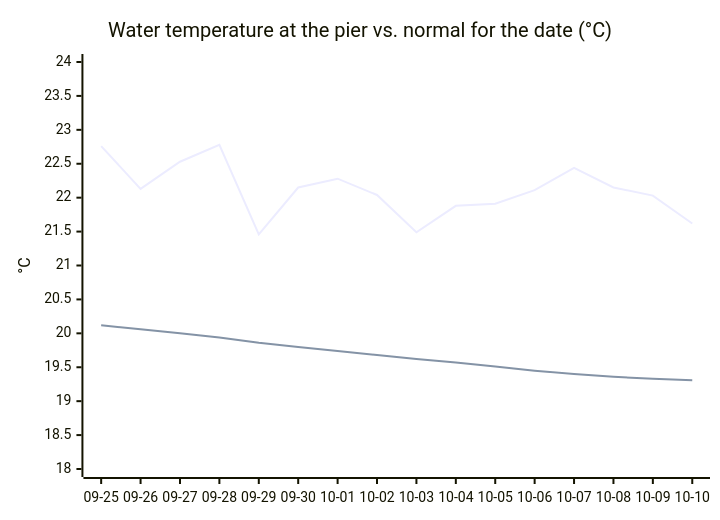
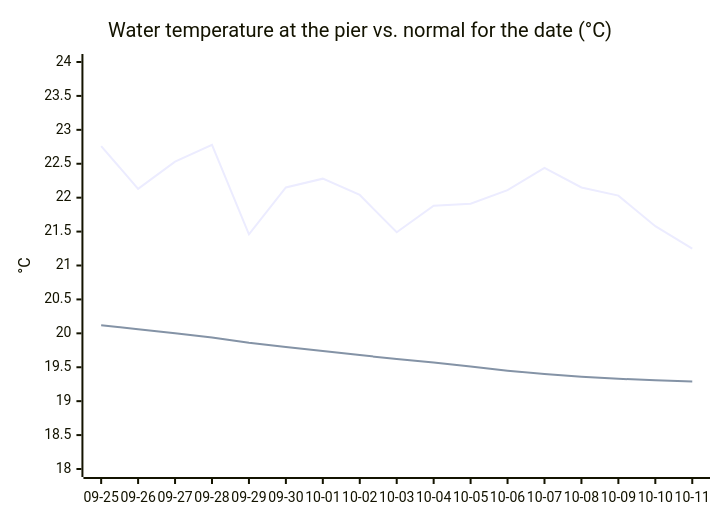
The third of 3 diagrams in README.md (joshuafrommeyer-35/PierTracker), drawn with Mermaid before and after one commit. The commit also changed other lines of this file and 5 other files, not shown here.

````diff
--- a/README.md
+++ b/README.md
@@ -160,8 +160,8 @@
 ```mermaid
 xychart-beta
     title "Water temperature at the pier vs. normal for the date (°C)"
-    x-axis ["09-25", "09-26", "09-27", "09-28", "09-29", "09-30", "10-01", "10-02", "10-03", "10-04", "10-05", "10-06", "10-07", "10-08", "10-09", "10-10"]
+    x-axis ["09-25", "09-26", "09-27", "09-28", "09-29", "09-30", "10-01", "10-02", "10-03", "10-04", "10-05", "10-06", "10-07", "10-08", "10-09", "10-10", "10-11"]
     y-axis "°C" 18 --> 24
-    line [22.76, 22.13, 22.53, 22.78, 21.46, 22.15, 22.28, 22.04, 21.49, 21.88, 21.91, 22.11, 22.44, 22.15, 22.03, 21.62]
-    line [20.12, 20.06, 20.0, 19.94, 19.86, 19.8, 19.74, 19.68, 19.62, 19.57, 19.51, 19.45, 19.4, 19.36, 19.33, 19.31]
+    line [22.76, 22.13, 22.53, 22.78, 21.46, 22.15, 22.28, 22.04, 21.49, 21.88, 21.91, 22.11, 22.44, 22.15, 22.03, 21.58, 21.25]
+    line [20.12, 20.06, 20.0, 19.94, 19.86, 19.8, 19.74, 19.68, 19.62, 19.57, 19.51, 19.45, 19.4, 19.36, 19.33, 19.31, 19.29]
 ```
````
